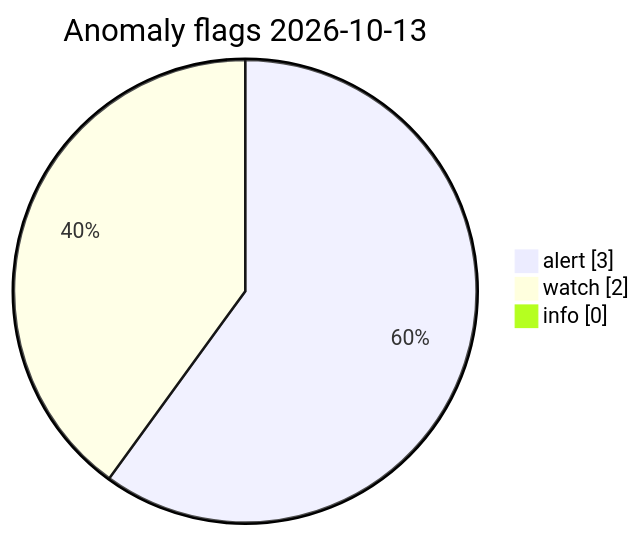
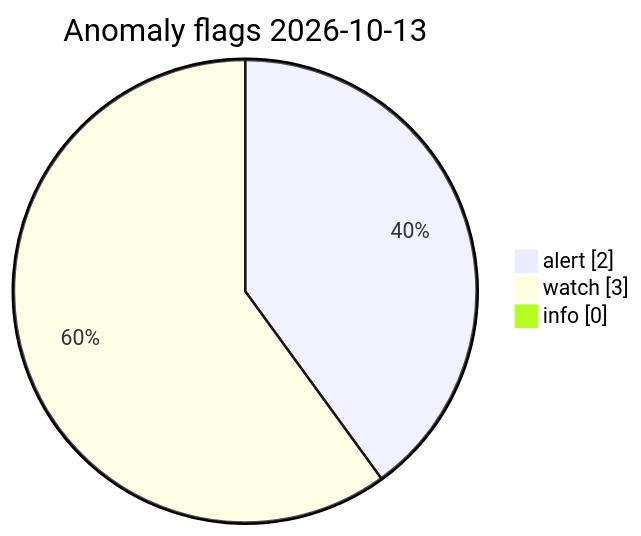
One commit to Midwest-Stratospheric/Unified-Open-Global-Weather changed the diagram in visuals/latest/CHARTS.md. Above: the diagram before and after it, drawn with Mermaid. The commit also changed other lines of this file and 11 other files, not shown here.

Commit message:
data(visuals): automated charts 2026-10-13T17:03Z

````diff
--- a/visuals/latest/CHARTS.md
+++ b/visuals/latest/CHARTS.md
@@ -73,7 +73,7 @@
 ```mermaid
 pie showData
   title Anomaly flags 2026-10-13
-  "alert" : 3
-  "watch" : 2
+  "alert" : 2
+  "watch" : 3
   "info" : 0
 ```
````
